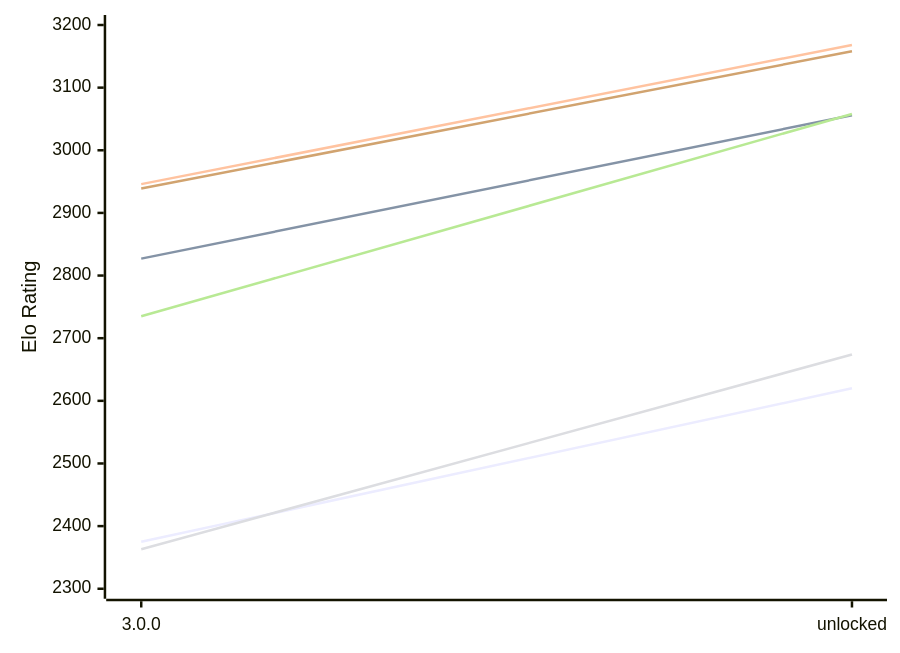
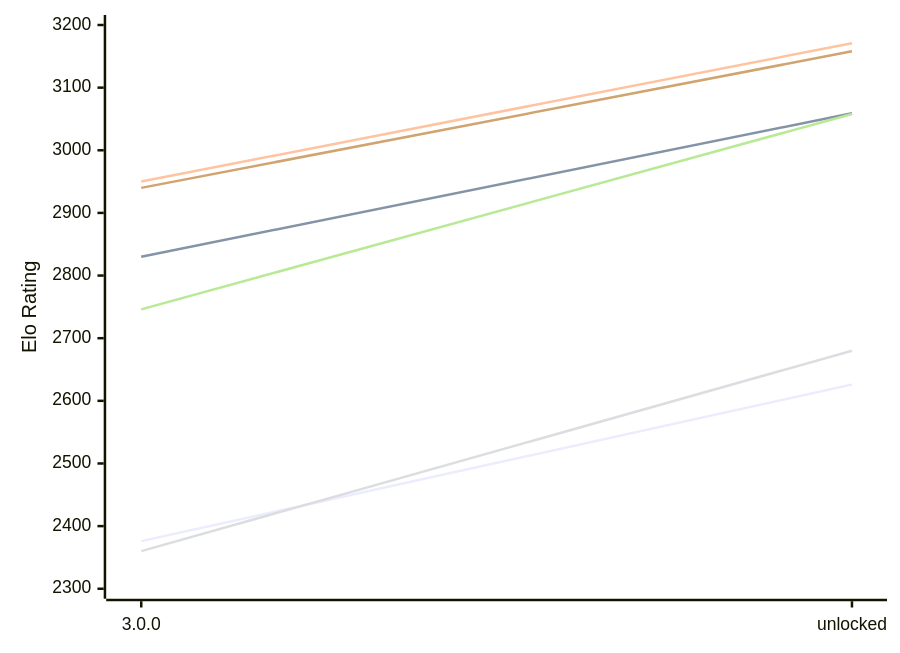
The first of 2 diagrams in engines/Potential.md (computer-chess-index/cci), drawn with Mermaid before and after one commit. The commit also changed other lines of this file, not shown here.

Commit message:
Update CCI Ratings (ELO VLTC) - 2026-11-22

````diff
--- a/engines/Potential.md
+++ b/engines/Potential.md
@@ -51,12 +51,12 @@
 ```mermaid
 %%{init: {"theme":"base","themeVariables":{"seriesColors:['#a3a3a3','#222221','#faa371']}}}%%
 xychart-beta
   x-axis ["3.0.0", "unlocked"]
   y-axis "Elo Rating" 2300 --> 3200
-  line "E1: STC (8.0+0.08s)" [2375, 2620]
-  line "E1: LTC (60.0+0.60s)" [2827, 3056]
-  line "E1: VLTC (2m24s+1.12s)" [2946, 3168]
-  line "P1: STC (8.0+0.08s)" [2363, 2674]
-  line "P1: LTC (60.0+0.60s)" [2735, 3058]
-  line "P1: VLTC (2m24s+1.12s)" [2939, 3158]
+  line "E1: STC (8.0+0.08s)" [2376, 2626]
+  line "E1: LTC (60.0+0.60s)" [2830, 3059]
+  line "E1: VLTC (2m24s+1.12s)" [2950, 3171]
+  line "P1: STC (8.0+0.08s)" [2360, 2680]
+  line "P1: LTC (60.0+0.60s)" [2746, 3058]
+  line "P1: VLTC (2m24s+1.12s)" [2940, 3158]
 ```
````
